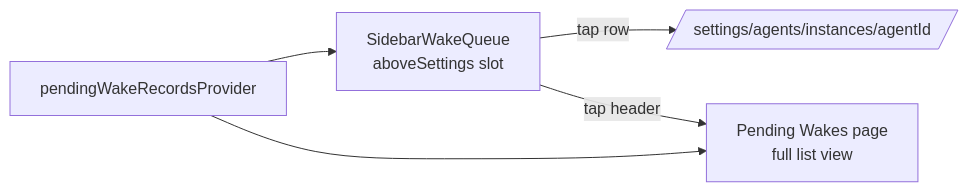
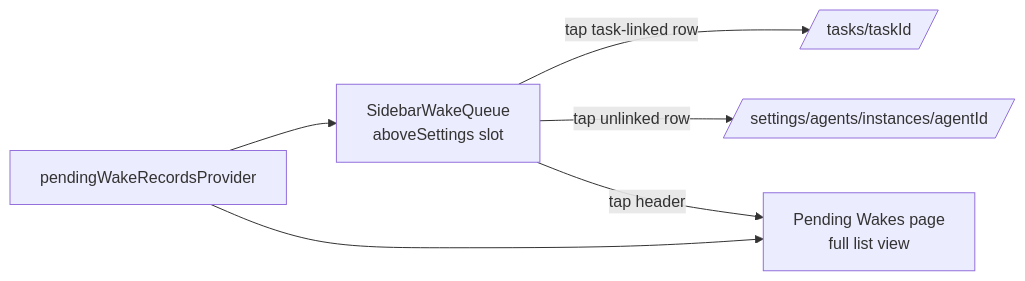
The fourth of 19 diagrams in lib/features/agents/README.md (matthiasn/lotti), drawn with Mermaid before and after one commit. The commit also changed other lines of this file and 34 other files, not shown here.

````diff
--- a/lib/features/agents/README.md
+++ b/lib/features/agents/README.md
@@ -214,8 +221,9 @@
 ```mermaid
 flowchart LR
   Provider[pendingWakeRecordsProvider]
   Provider --> WakeBlock[SidebarWakeQueue<br/>aboveSettings slot]
   Provider --> WakesPage[Pending Wakes page<br/>full list view]
-  WakeBlock -->|tap row| InstanceRoute[/settings/agents/instances/agentId/]
+  WakeBlock -->|tap task-linked row| TaskRoute[/tasks/taskId/]
+  WakeBlock -->|tap unlinked row| InstanceRoute[/settings/agents/instances/agentId/]
   WakeBlock -->|tap header| WakesPage
 ```
````
